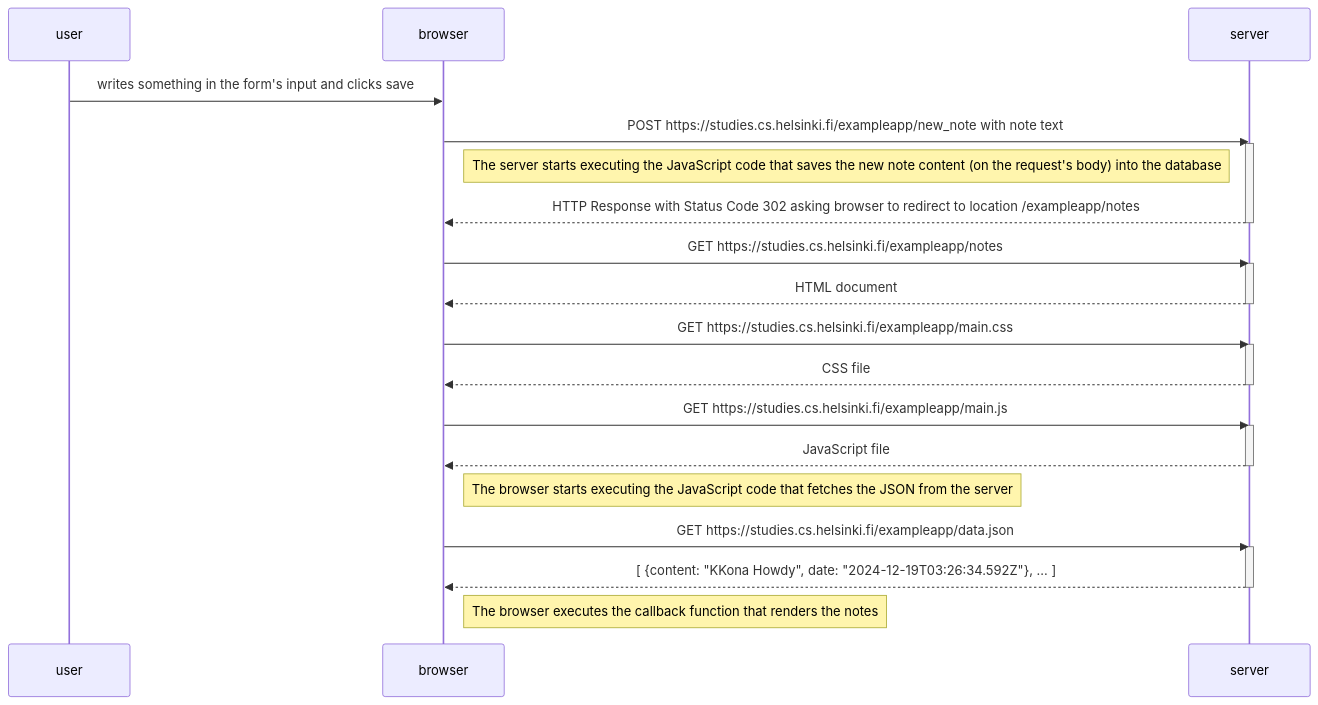
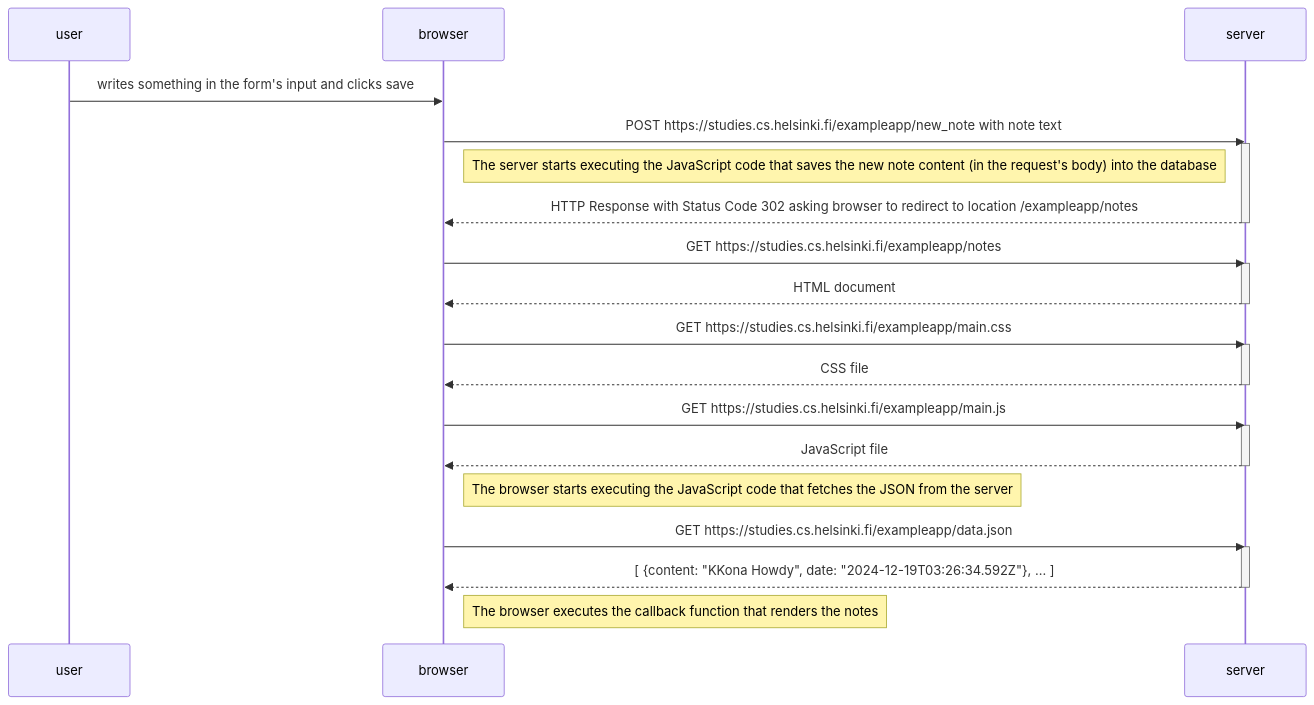
Before and after one commit to Sparx27/fullStackOpen: the diagram in part0/solution-0.4.md, drawn with Mermaid. The commit also changed 1 other file, not shown here.

Commit message:
spelling correction

````diff
--- a/part0/solution-0.4.md
+++ b/part0/solution-0.4.md
@@ -1,40 +1,40 @@
 ```mermaid
 sequenceDiagram
   participant user
   participant browser
   participant server
 
   user->>browser: writes something in the form's input and clicks save
 
   browser->>server: POST https://studies.cs.helsinki.fi/exampleapp/new_note with note text
   activate server
 
-  Note left of server: The server starts executing the JavaScript code that saves the new note content (on the request's body) into the database
+  Note left of server: The server starts executing the JavaScript code that saves the new note content (in the request's body) into the database
 
   server-->>browser: HTTP Response with Status Code 302 asking browser to redirect to location /exampleapp/notes
   deactivate server
   
   browser->>server: GET https://studies.cs.helsinki.fi/exampleapp/notes
   activate server
   server-->>browser: HTML document
   deactivate server
 
   browser->>server: GET https://studies.cs.helsinki.fi/exampleapp/main.css
   activate server
   server-->>browser: CSS file
   deactivate server
 
   browser->>server: GET https://studies.cs.helsinki.fi/exampleapp/main.js
   activate server
   server-->>browser: JavaScript file
   deactivate server
 
   Note right of browser: The browser starts executing the JavaScript code that fetches the JSON from the server
 
   browser->>server: GET https://studies.cs.helsinki.fi/exampleapp/data.json
   activate server
   server-->>browser: [ {content: "KKona Howdy", date: "2024-12-19T03:26:34.592Z"}, ... ]
   deactivate server
 
   Note right of browser: The browser executes the callback function that renders the notes
 ```
````
